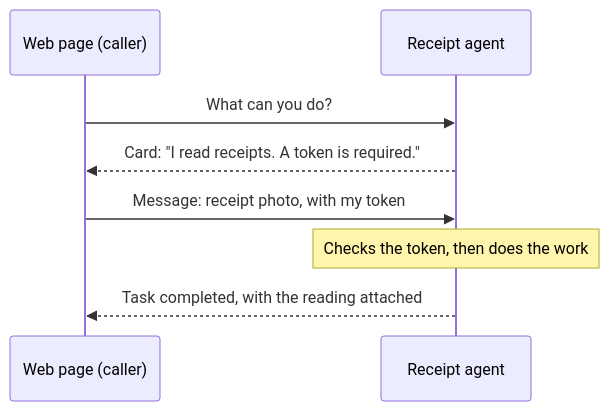
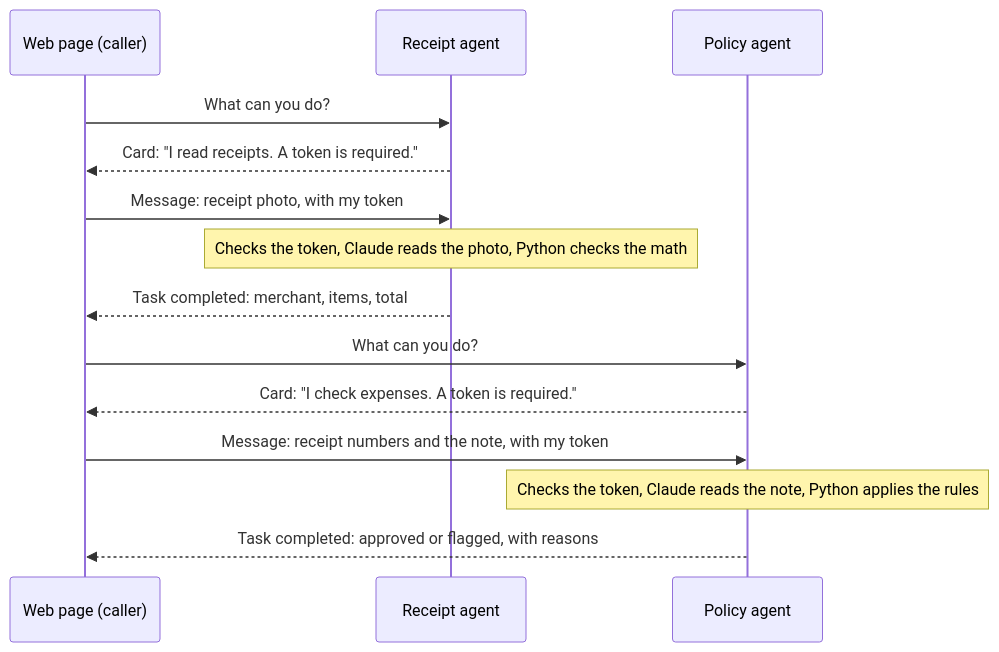
The first of 2 diagrams in README.md (pavankristipati/expense-a2a), drawn with Mermaid before and after one commit. The commit also changed other lines of this file, not shown here.

Commit message:
updated README.md with simple explanation of A2A

````diff
--- a/README.md
+++ b/README.md
@@ -15,10 +15,16 @@
 ```mermaid
 sequenceDiagram
     participant Page as Web page (caller)
-    participant Agent as Receipt agent
-    Page->>Agent: What can you do?
-    Agent-->>Page: Card: "I read receipts. A token is required."
-    Page->>Agent: Message: receipt photo, with my token
-    Note over Agent: Checks the token, then does the work
-    Agent-->>Page: Task completed, with the reading attached
+    participant Receipt as Receipt agent
+    participant Policy as Policy agent
+    Page->>Receipt: What can you do?
+    Receipt-->>Page: Card: "I read receipts. A token is required."
+    Page->>Receipt: Message: receipt photo, with my token
+    Note over Receipt: Checks the token, Claude reads the photo, Python checks the math
+    Receipt-->>Page: Task completed: merchant, items, total
+    Page->>Policy: What can you do?
+    Policy-->>Page: Card: "I check expenses. A token is required."
+    Page->>Policy: Message: receipt numbers and the note, with my token
+    Note over Policy: Checks the token, Claude reads the note, Python applies the rules
+    Policy-->>Page: Task completed: approved or flagged, with reasons
 ```
````
